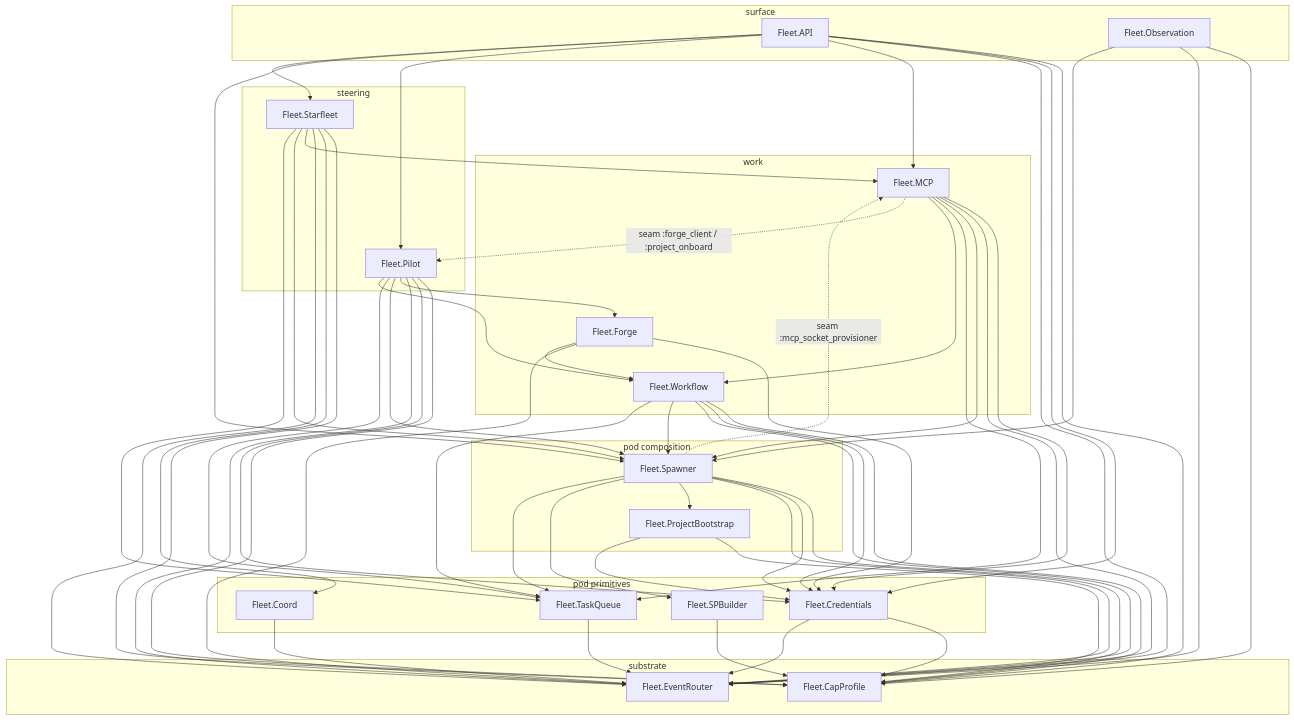
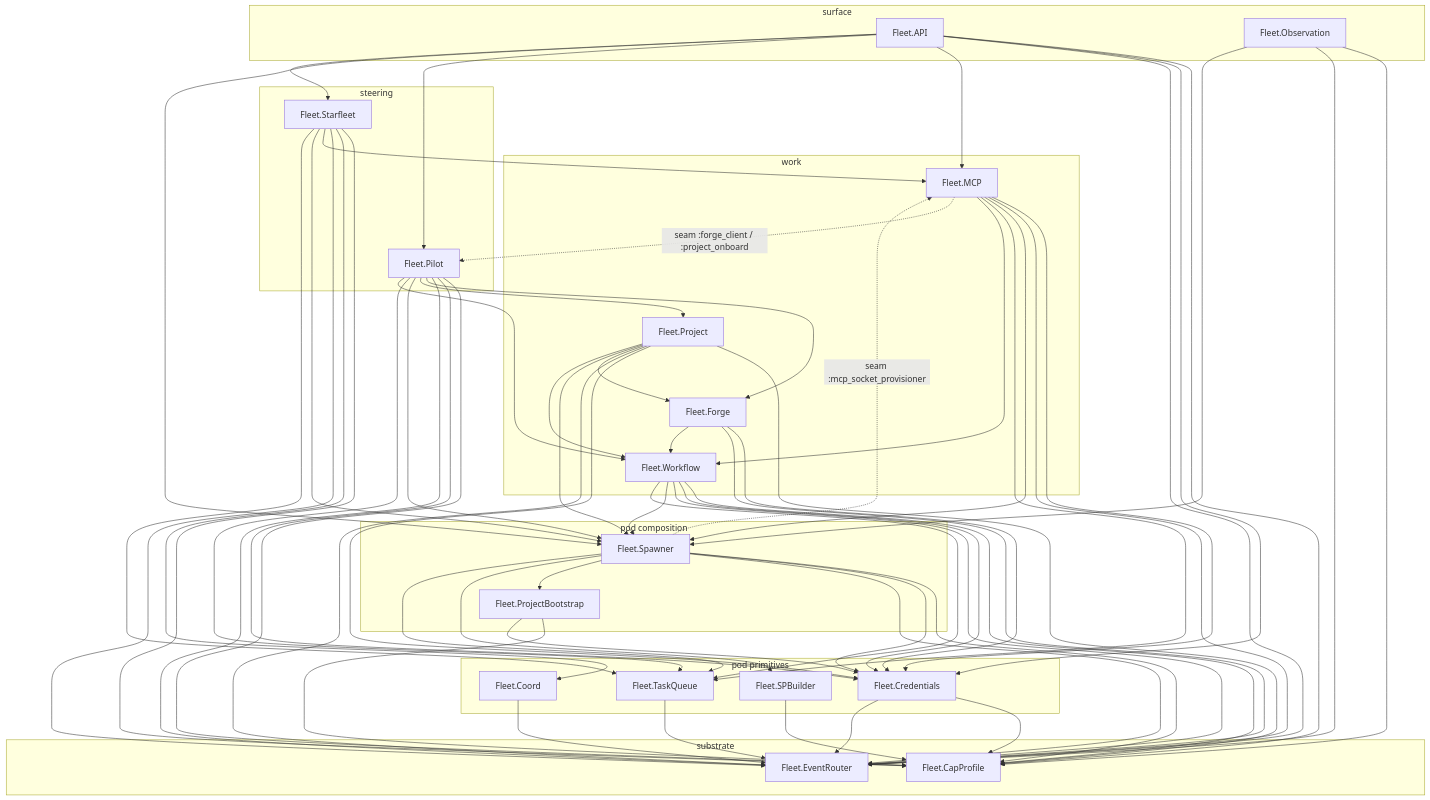
One commit to zUrp-Embedded/LCARS-fleet changed the diagram in fleet/README.md. Above: the diagram before and after it, drawn with Mermaid. The commit also changed 56 other files, not shown here.

```diff
--- a/fleet/README.md
+++ b/fleet/README.md
@@ -40,6 +40,7 @@
     subgraph work["work"]
         Fleet_Forge["Fleet.Forge"]
         Fleet_MCP["Fleet.MCP"]
+        Fleet_Project["Fleet.Project"]
         Fleet_Workflow["Fleet.Workflow"]
     end
     subgraph pod_composition["pod composition"]
@@ -81,9 +82,16 @@
     Fleet_Pilot --> Fleet_Credentials
     Fleet_Pilot --> Fleet_EventRouter
     Fleet_Pilot --> Fleet_Forge
+    Fleet_Pilot --> Fleet_Project
     Fleet_Pilot --> Fleet_Spawner
     Fleet_Pilot --> Fleet_TaskQueue
     Fleet_Pilot --> Fleet_Workflow
+    Fleet_Project --> Fleet_CapProfile
+    Fleet_Project --> Fleet_Credentials
+    Fleet_Project --> Fleet_EventRouter
+    Fleet_Project --> Fleet_Forge
+    Fleet_Project --> Fleet_Spawner
+    Fleet_Project --> Fleet_Workflow
     Fleet_ProjectBootstrap --> Fleet_CapProfile
     Fleet_ProjectBootstrap --> Fleet_Credentials
     Fleet_SPBuilder --> Fleet_CapProfile
```
